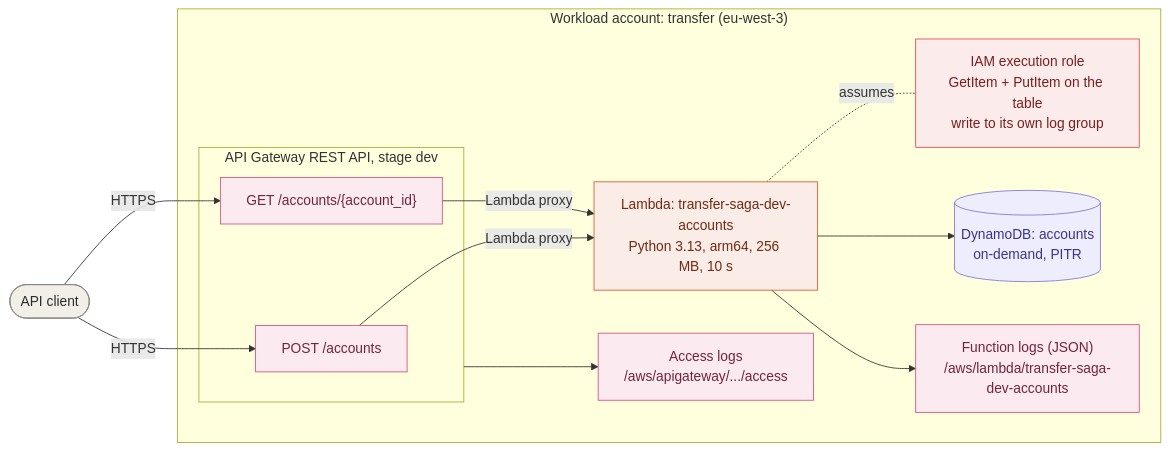
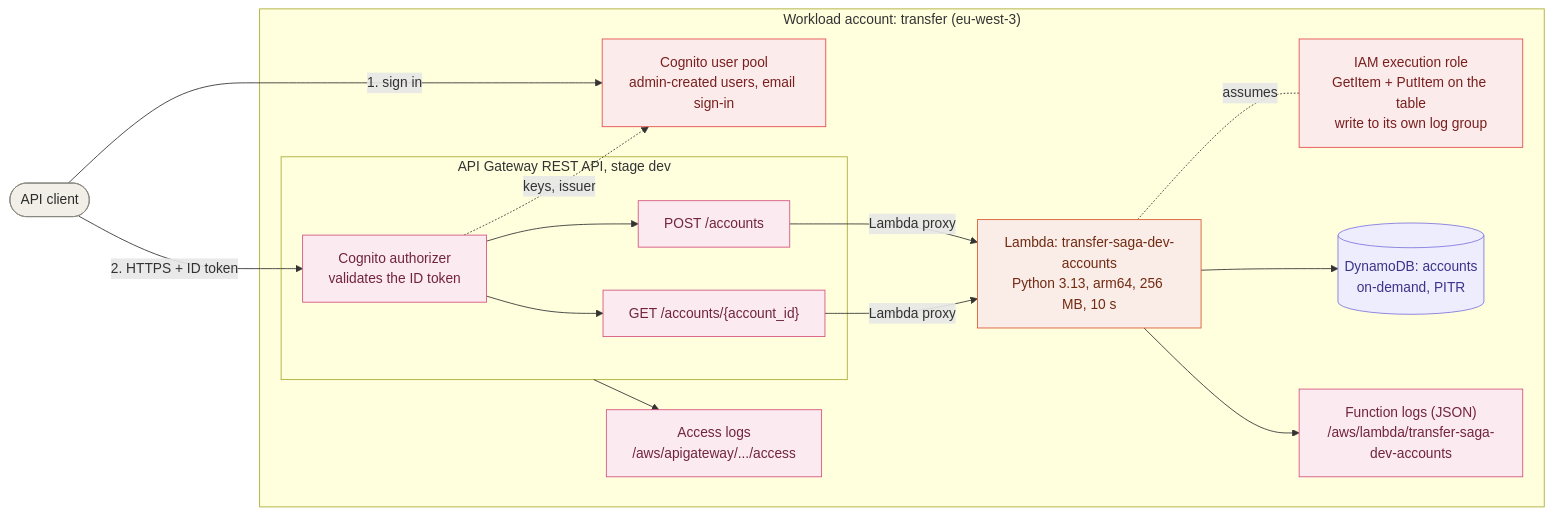
The first of 2 diagrams in docs/architecture/accounts-api.md (samibhiri/serverless-transfer-saga), drawn with Mermaid before and after one commit. The commit also changed other lines of this file and 5 other files, not shown here.

````diff
--- a/docs/architecture/accounts-api.md
+++ b/docs/architecture/accounts-api.md
@@ -10,36 +8,41 @@
 ```mermaid
 flowchart LR
     client(["API client"])
 
     subgraph wl["Workload account: transfer (eu-west-3)"]
+        cognito["Cognito user pool<br/>admin-created users, email sign-in"]
         subgraph api["API Gateway REST API, stage dev"]
+            authz["Cognito authorizer<br/>validates the ID token"]
             post["POST /accounts"]
             get["GET /accounts/{account_id}"]
         end
         fn["Lambda: transfer-saga-dev-accounts<br/>Python 3.13, arm64, 256 MB, 10 s"]
         role["IAM execution role<br/>GetItem + PutItem on the table<br/>write to its own log group"]
         ddb[("DynamoDB: accounts<br/>on-demand, PITR")]
         alog["Access logs<br/>/aws/apigateway/.../access"]
         flog["Function logs (JSON)<br/>/aws/lambda/transfer-saga-dev-accounts"]
     end
 
-    client -- "HTTPS" --> post
-    client -- "HTTPS" --> get
+    client -- "1. sign in" --> cognito
+    client -- "2. HTTPS + ID token" --> authz
+    authz -. "keys, issuer" .-> cognito
+    authz --> post
+    authz --> get
     post -- "Lambda proxy" --> fn
     get -- "Lambda proxy" --> fn
     fn -. "assumes" .- role
     fn --> ddb
     api --> alog
     fn --> flog
 
     classDef actor fill:#F1EFE8,stroke:#888780,color:#2C2C2A
     classDef integration fill:#FBEAF0,stroke:#D4537E,color:#72243E
     classDef compute fill:#FAECE7,stroke:#D85A30,color:#712B13
     classDef data fill:#EEEDFE,stroke:#7F77DD,color:#3C3489
     classDef identity fill:#FCEBEB,stroke:#E24B4A,color:#791F1F
     class client actor
-    class post,get,alog,flog integration
+    class post,get,authz,alog,flog integration
     class fn compute
     class ddb data
-    class role identity
+    class role,cognito identity
 ```
````
